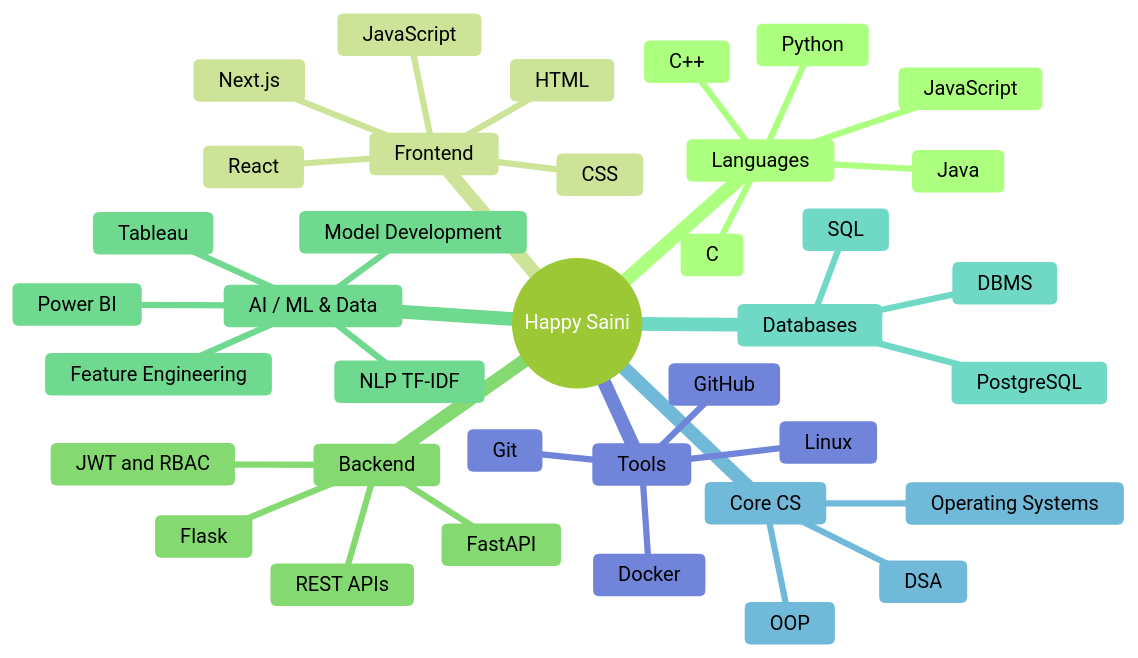
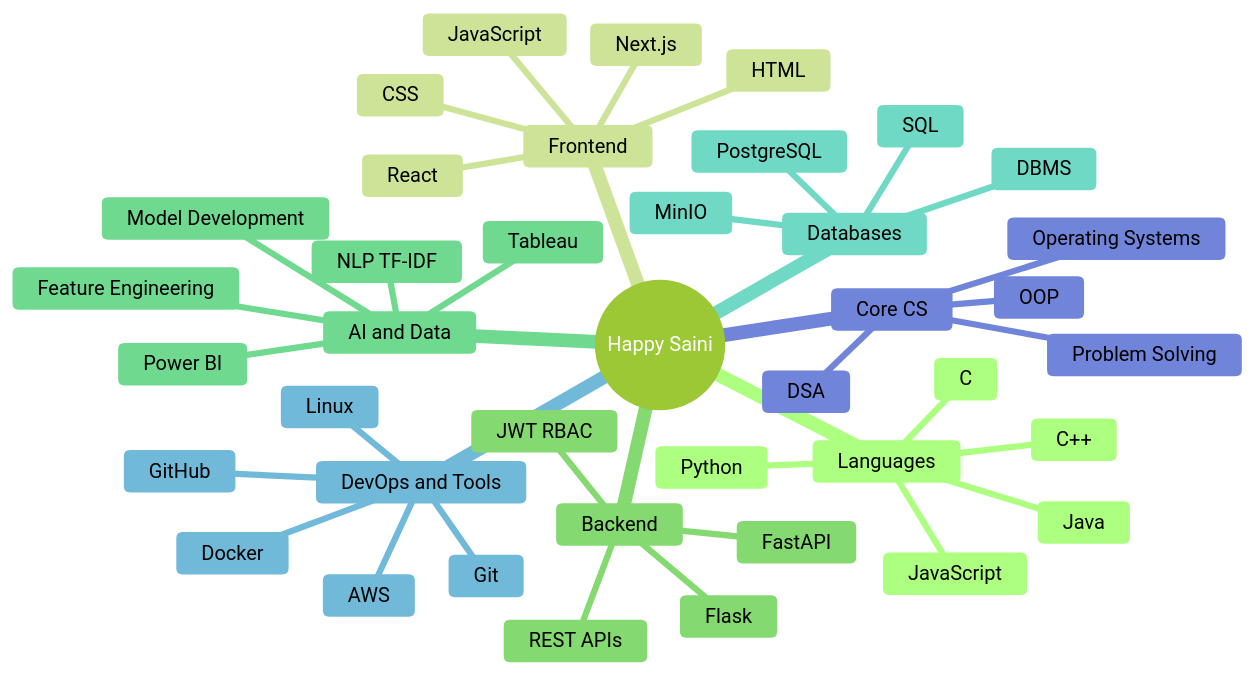
Before and after one commit to happyhsaini/happyhsaini: the sixth of 6 diagrams in README.md, drawn with Mermaid (forest theme). The commit also changed other lines of this file, not shown here.

````diff
--- a/README.md
+++ b/README.md
@@ -189,40 +263,43 @@
 ```mermaid
 mindmap
   root((Happy Saini))
     Languages
+      Python
+      Java
       C++
-      Java
-      Python
       C
       JavaScript
     Frontend
       HTML
       CSS
       JavaScript
       React
       Next.js
     Backend
       Flask
       FastAPI
       REST APIs
-      JWT and RBAC
-    AI / ML & Data
+      JWT RBAC
+    AI and Data
       NLP TF-IDF
       Feature Engineering
       Model Development
       Tableau
       Power BI
     Databases
       SQL
       DBMS
       PostgreSQL
+      MinIO
+    DevOps and Tools
+      Git
+      GitHub
+      Linux
+      Docker
+      AWS
     Core CS
       DSA
       OOP
       Operating Systems
-    Tools
-      Git
-      GitHub
-      Linux
-      Docker
+      Problem Solving
 ```
````
